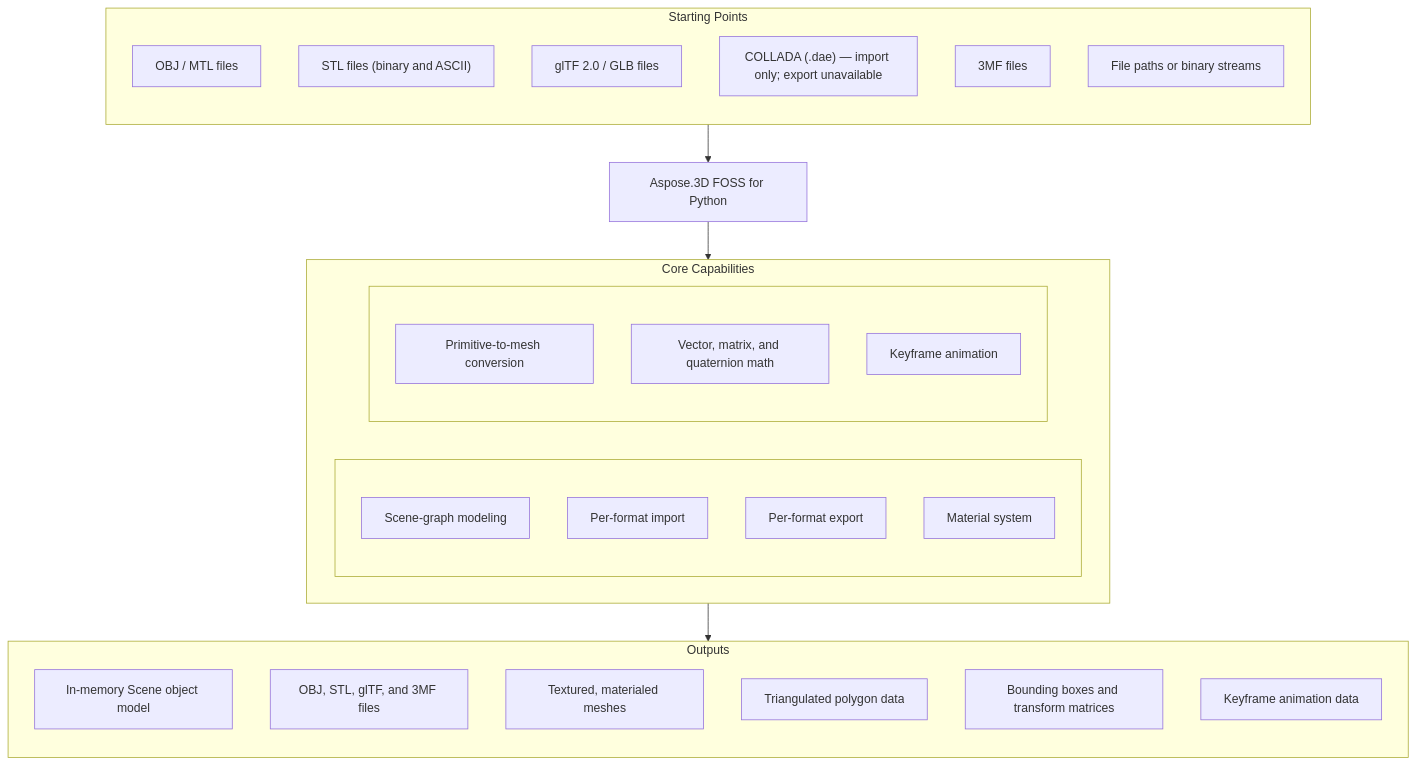
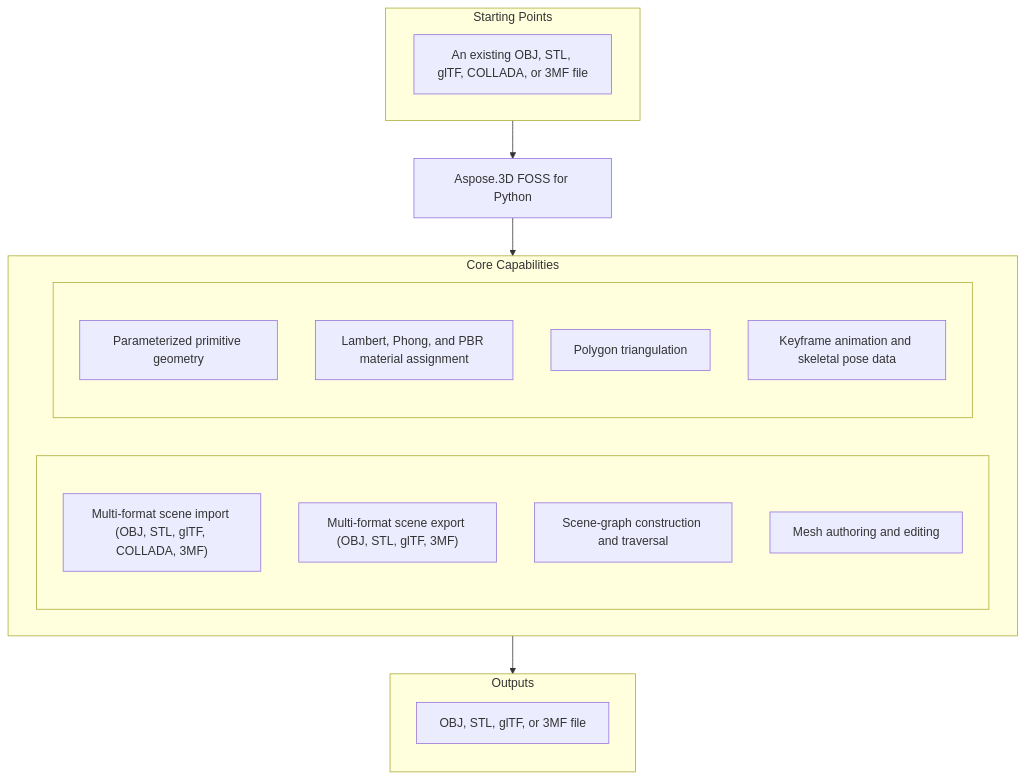
Before and after one commit to aspose-3d-foss/Aspose.3D-FOSS-for-Python: the diagram in README.md, drawn with Mermaid. The commit also changed other lines of this file, not shown here.

````diff
--- a/README.md
+++ b/README.md
@@ -25,39 +28,30 @@
 ```mermaid
 flowchart TD
   subgraph StartingPoints["Starting Points"]
-    direction TB
-    I1["OBJ / MTL files"]
-    I2["STL files (binary and ASCII)"]
-    I3["glTF 2.0 / GLB files"]
-    I4["COLLADA (.dae) — import only; export unavailable"]
-    I5["3MF files"]
-    I6["File paths or binary streams"]
+    direction LR
+    i1["An existing OBJ, STL, glTF, COLLADA, or 3MF file"]
   end
   PRODUCT["Aspose.3D FOSS for Python"]
   subgraph Capabilities["Core Capabilities"]
     direction LR
     subgraph capl[" "]
       direction TB
-      C1["Scene-graph modeling"]
-      C2["Per-format import"]
-      C3["Per-format export"]
-      C4["Material system"]
+      c1["Multi-format scene import (OBJ, STL, glTF, COLLADA, 3MF)"]
+      c2["Multi-format scene export (OBJ, STL, glTF, 3MF)"]
+      c3["Scene-graph construction and traversal"]
+      c4["Mesh authoring and editing"]
     end
     subgraph capr[" "]
       direction TB
-      C5["Primitive-to-mesh conversion"]
-      C6["Vector, matrix, and quaternion math"]
-      C7["Keyframe animation"]
+      c5["Parameterized primitive geometry"]
+      c6["Lambert, Phong, and PBR material assignment"]
+      c7["Polygon triangulation"]
+      c8["Keyframe animation and skeletal pose data"]
     end
   end
   subgraph Outputs["Outputs"]
     direction TB
-    O1["In-memory Scene object model"]
-    O2["OBJ, STL, glTF, and 3MF files"]
-    O3["Textured, materialed meshes"]
-    O4["Triangulated polygon data"]
-    O5["Bounding boxes and transform matrices"]
-    O6["Keyframe animation data"]
+    o1["OBJ, STL, glTF, or 3MF file"]
   end
   StartingPoints --> PRODUCT --> Capabilities --> Outputs
 ```
````
